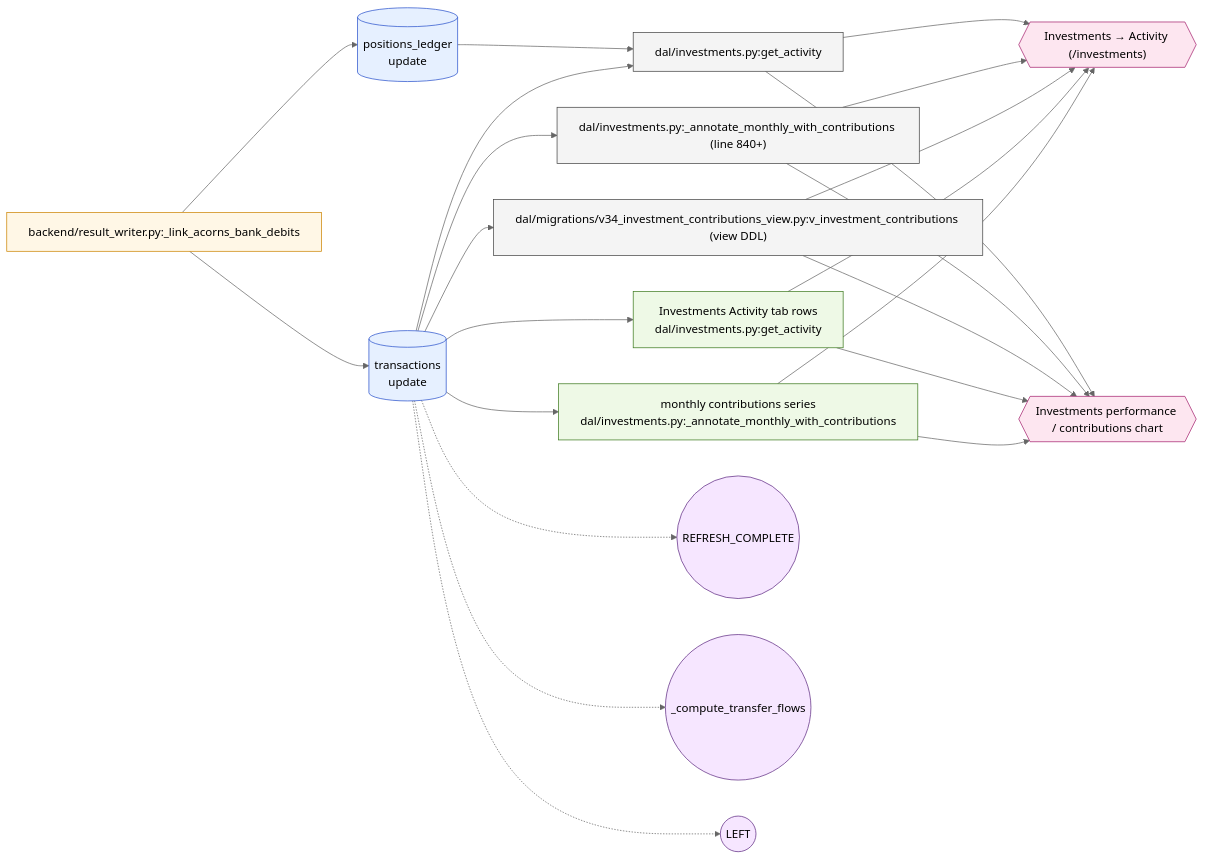
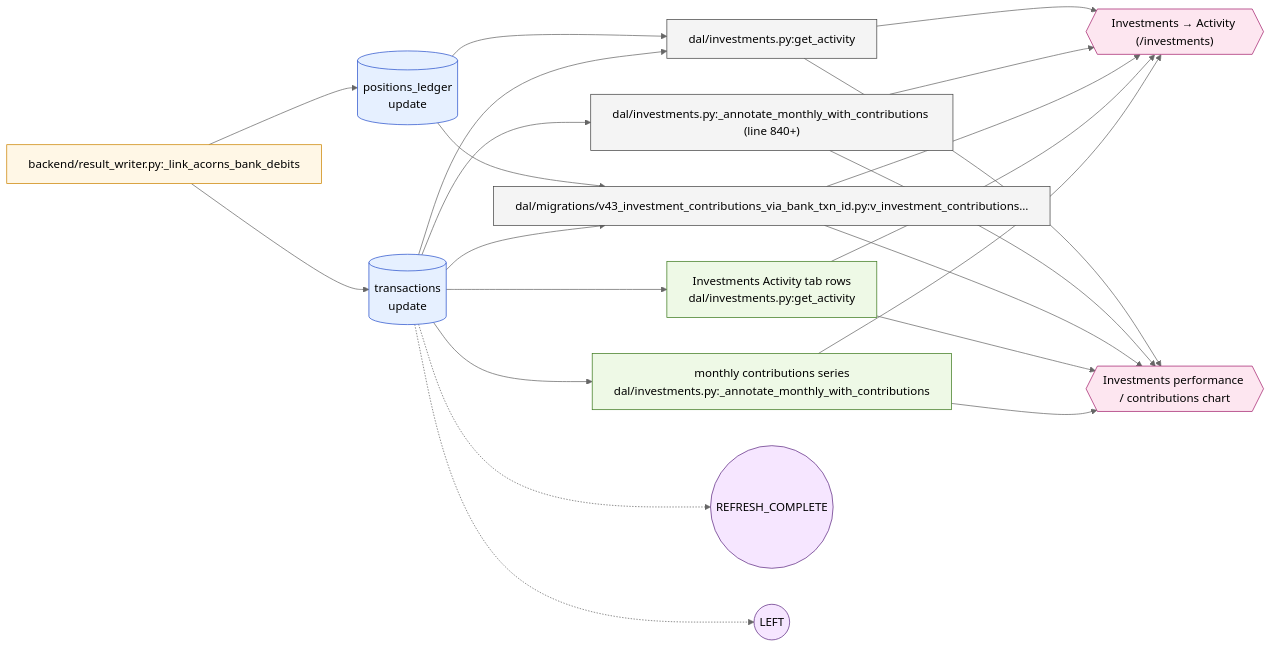
The diagram in docs/data-lineage/diagrams/investment_link_acorns.mmd (wileyqe/Sentry-Finance), drawn with Mermaid (neutral theme) before and after one commit. The commit also changed 36 other files, not shown here.

```diff
--- a/docs/data-lineage/diagrams/investment_link_acorns.mmd
+++ b/docs/data-lineage/diagrams/investment_link_acorns.mmd
@@ -1,51 +1,50 @@
 %% Auto-generated by build_diagrams.py — do not edit by hand.
 %% Event: investment_link_acorns (class: system_derived)
 %% Investment link (bank debit ↔ positions_ledger)
 graph LR
   origin["backend/result_writer.py:_link_acorns_bank_debits"]
   tbl_transactions[("transactions<br/>update")]
   origin --> tbl_transactions
   tbl_positions_ledger[("positions_ledger<br/>update")]
   origin --> tbl_positions_ledger
   dc0_get_activity["dal/investments.py:get_activity"]
   dc1_annotate_monthly_with_contributions_line_840["dal/investments.py:_annotate_monthly_with_contributions (line 840+)"]
-  dc2_v_investment_contributions_view_DDL["dal/migrations/v34_investment_contributions_view.py:v_investment_contributions (view DDL)"]
+  dc2_v_investment_contributions_view_DDL["dal/migrations/v43_investment_contributions_via_bank_txn_id.py:v_investment_contributions…"]
   dv0_Investments_Activity_tab_rows["Investments Activity tab rows<br/>dal/investments.py:get_activity"]
   dv1_monthly_contributions_series["monthly contributions series<br/>dal/investments.py:_annotate_monthly_with_contributions"]
   tbl_positions_ledger --> dc0_get_activity
   tbl_transactions --> dc0_get_activity
   tbl_transactions --> dc1_annotate_monthly_with_contributions_line_840
+  tbl_positions_ledger --> dc2_v_investment_contributions_view_DDL
   tbl_transactions --> dc2_v_investment_contributions_view_DDL
   tbl_transactions --> dv0_Investments_Activity_tab_rows
   tbl_transactions --> dv1_monthly_contributions_series
   ui0_Investments_Activity_investments{{"Investments → Activity (/investments)"}}
   ui1_Investments_performance_contributions_chart{{"Investments performance / contributions chart"}}
   dc0_get_activity --> ui0_Investments_Activity_investments
   dc1_annotate_monthly_with_contributions_line_840 --> ui0_Investments_Activity_investments
   dc2_v_investment_contributions_view_DDL --> ui0_Investments_Activity_investments
   dv0_Investments_Activity_tab_rows --> ui0_Investments_Activity_investments
   dv1_monthly_contributions_series --> ui0_Investments_Activity_investments
   dc0_get_activity --> ui1_Investments_performance_contributions_chart
   dc1_annotate_monthly_with_contributions_line_840 --> ui1_Investments_performance_contributions_chart
   dc2_v_investment_contributions_view_DDL --> ui1_Investments_performance_contributions_chart
   dv0_Investments_Activity_tab_rows --> ui1_Investments_performance_contributions_chart
   dv1_monthly_contributions_series --> ui1_Investments_performance_contributions_chart
   ex0_REFRESH_COMPLETE(("REFRESH_COMPLETE"))
   tbl_transactions -.-> ex0_REFRESH_COMPLETE
-  ex2_compute_transfer_flows(("_compute_transfer_flows"))
-  tbl_transactions -.-> ex2_compute_transfer_flows
-  ex3_LEFT(("LEFT"))
-  tbl_transactions -.-> ex3_LEFT
+  ex2_LEFT(("LEFT"))
+  tbl_transactions -.-> ex2_LEFT
 
   classDef origin fill:#fff7e6,stroke:#cc8400,stroke-width:1px;
   classDef table fill:#e6f0ff,stroke:#2952cc,stroke-width:1px;
   classDef consumer fill:#f4f4f4,stroke:#444,stroke-width:1px;
   classDef derivation fill:#eef9e6,stroke:#3d7a1f,stroke-width:1px;
   classDef ui fill:#fde6f0,stroke:#a5226f,stroke-width:1px;
   classDef effect fill:#f6e6ff,stroke:#5e2a82,stroke-width:1px;
   class origin origin;
   class tbl_transactions,tbl_positions_ledger table;
   class dc0_get_activity,dc1_annotate_monthly_with_contributions_line_840,dc2_v_investment_contributions_view_DDL consumer;
   class dv0_Investments_Activity_tab_rows,dv1_monthly_contributions_series derivation;
   class ui0_Investments_Activity_investments,ui1_Investments_performance_contributions_chart ui;
-  class ex0_REFRESH_COMPLETE,ex2_compute_transfer_flows,ex3_LEFT effect;
+  class ex0_REFRESH_COMPLETE,ex2_LEFT effect;
```
